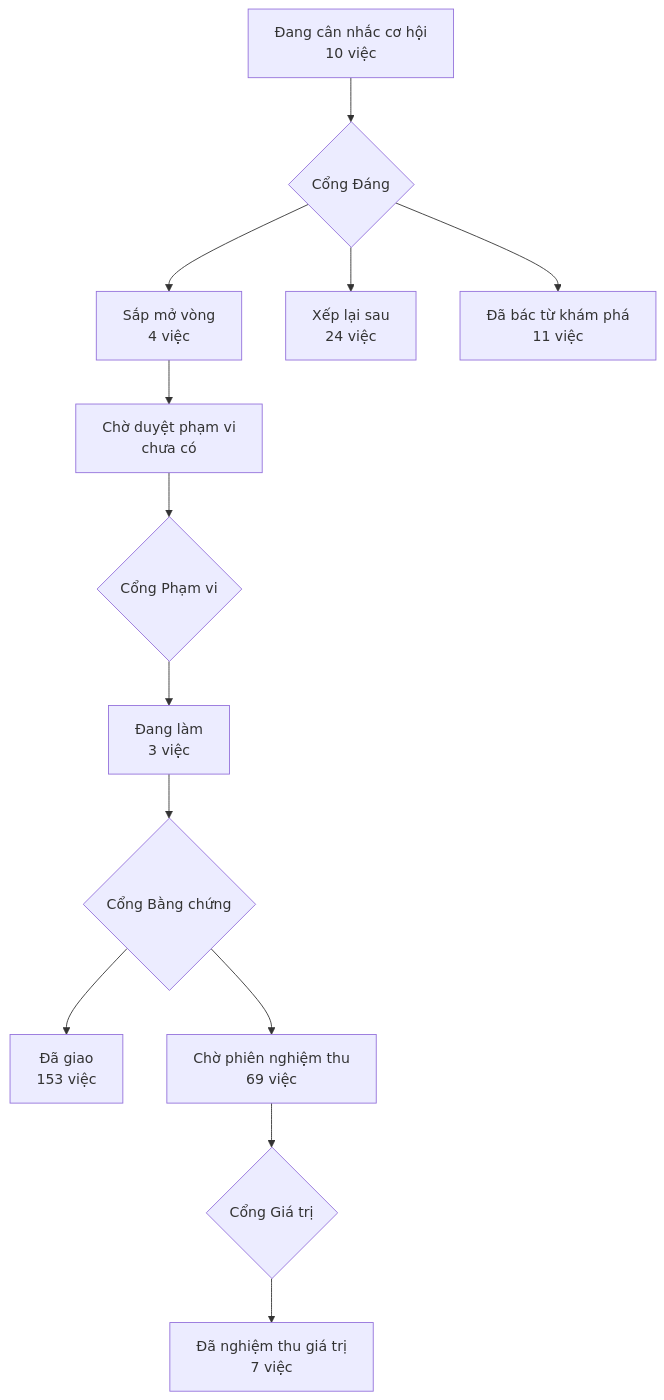
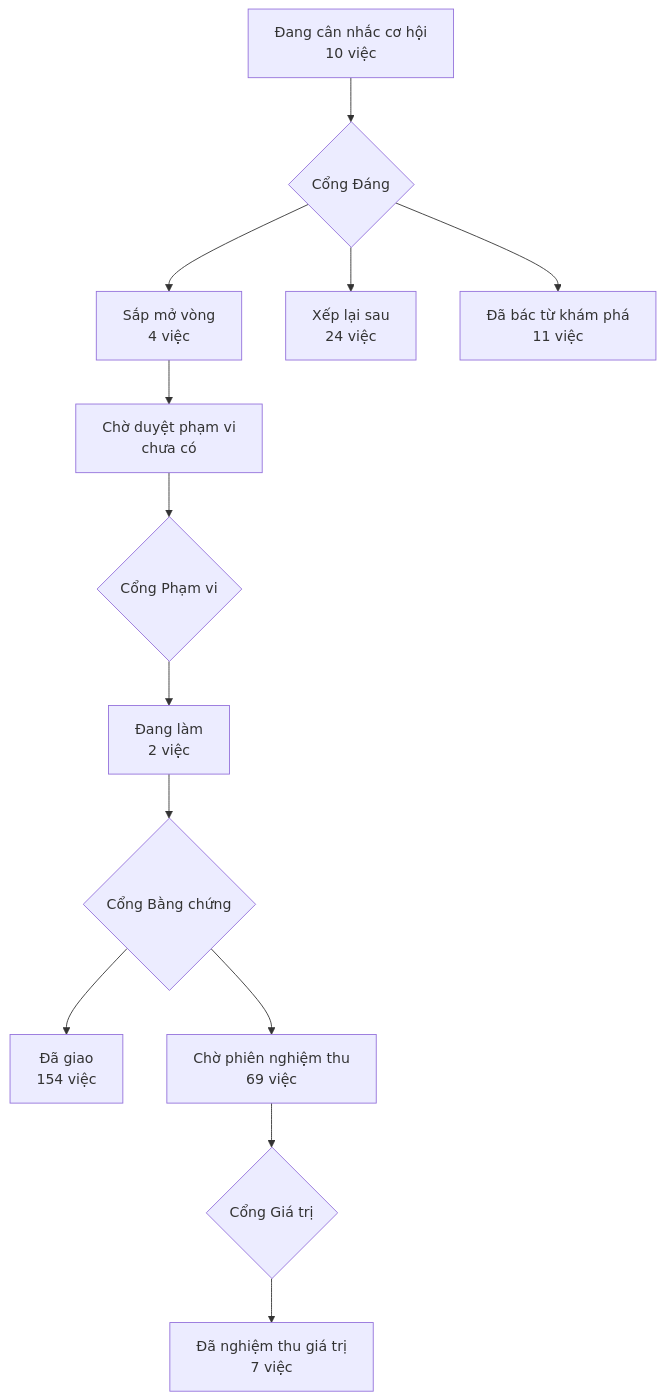
Before and after one commit to phanlemanh/acceptance-gate-kit: the diagram in PRODUCT-MAP.md, drawn with Mermaid. The commit also changed other lines of this file and 7 other files, not shown here.

Commit message:
acceptance(mc11-ten-kho): S4 lượt 2 PASS — gói bằng chứng máy viết; máy thông (làn V)

````diff
--- a/PRODUCT-MAP.md
+++ b/PRODUCT-MAP.md
@@ -7,12 +7,12 @@
 ```mermaid
 flowchart TD
   A["Đang cân nhắc cơ hội<br/>10 việc"] --> GD{"Cổng Đáng"}
   GD --> B["Sắp mở vòng<br/>4 việc"]
   GD --> XL["Xếp lại sau<br/>24 việc"]
   GD --> DB["Đã bác từ khám phá<br/>11 việc"]
   B --> CD["Chờ duyệt phạm vi<br/>chưa có"] --> GP{"Cổng Phạm vi"}
-  GP --> DL["Đang làm<br/>3 việc"] --> GB{"Cổng Bằng chứng"}
-  GB --> DG["Đã giao<br/>153 việc"]
+  GP --> DL["Đang làm<br/>2 việc"] --> GB{"Cổng Bằng chứng"}
+  GB --> DG["Đã giao<br/>154 việc"]
   GB --> CN["Chờ phiên nghiệm thu<br/>69 việc"] --> GG{"Cổng Giá trị"}
   GG --> NT["Đã nghiệm thu giá trị<br/>7 việc"]
 ```
````
